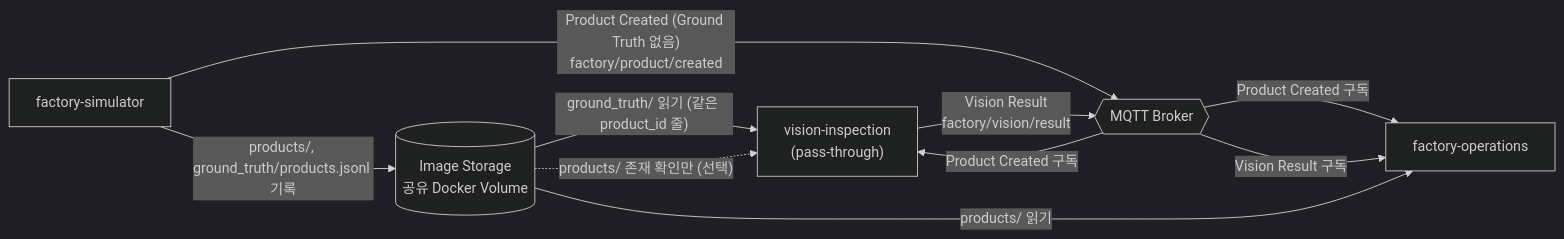
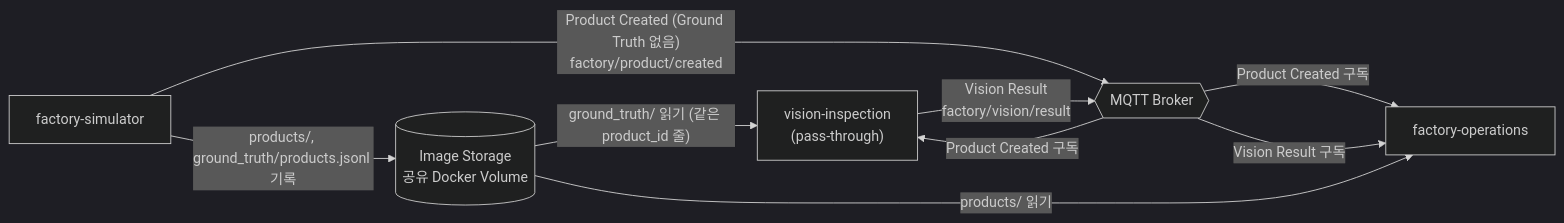
Before and after one commit to dltndn-personal-project/smart-factory-vision-inspection: the first of 3 diagrams in docs/ARCHITECTURE.md, drawn with Mermaid (dark theme). The commit also changed other lines of this file and 1 other file, not shown here.

````diff
--- a/docs/ARCHITECTURE.md
+++ b/docs/ARCHITECTURE.md
@@ -102,18 +103,17 @@
 ```mermaid
 flowchart LR
     SIM["factory-simulator"]
     IMG[("Image Storage<br/>공유 Docker Volume")]
     MQ{{"MQTT Broker"}}
     VIS["vision-inspection<br/>(pass-through)"]
     OPS["factory-operations"]
 
     SIM -- "products/, ground_truth/products.jsonl 기록" --> IMG
     SIM -- "Product Created (Ground Truth 없음)<br/>factory/product/created" --> MQ
     MQ -- "Product Created 구독" --> OPS
     MQ -- "Product Created 구독" --> VIS
     IMG -- "ground_truth/ 읽기 (같은 product_id 줄)" --> VIS
-    IMG -. "products/ 존재 확인만 (선택)" .-> VIS
     VIS -- "Vision Result<br/>factory/vision/result" --> MQ
     MQ -- "Vision Result 구독" --> OPS
     IMG -- "products/ 읽기" --> OPS
 ```
````
